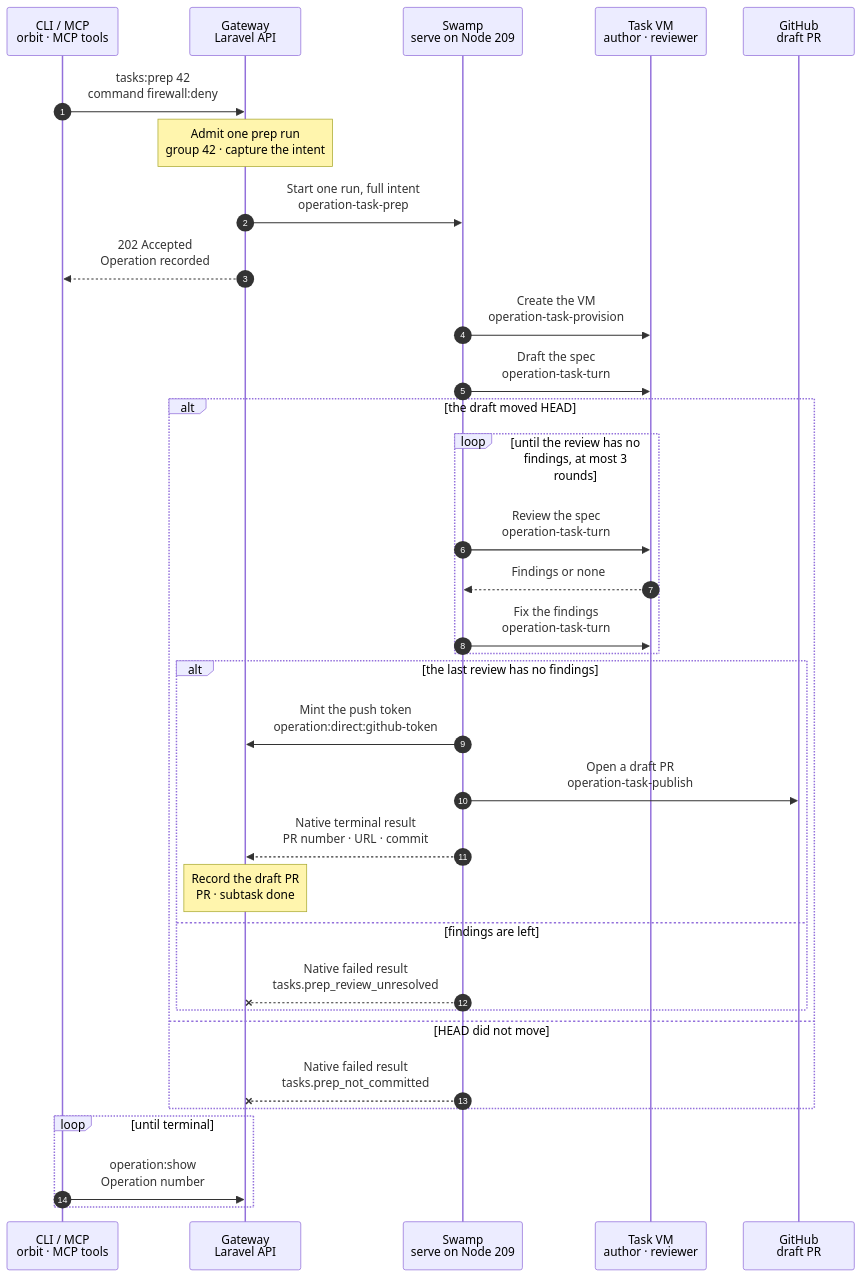
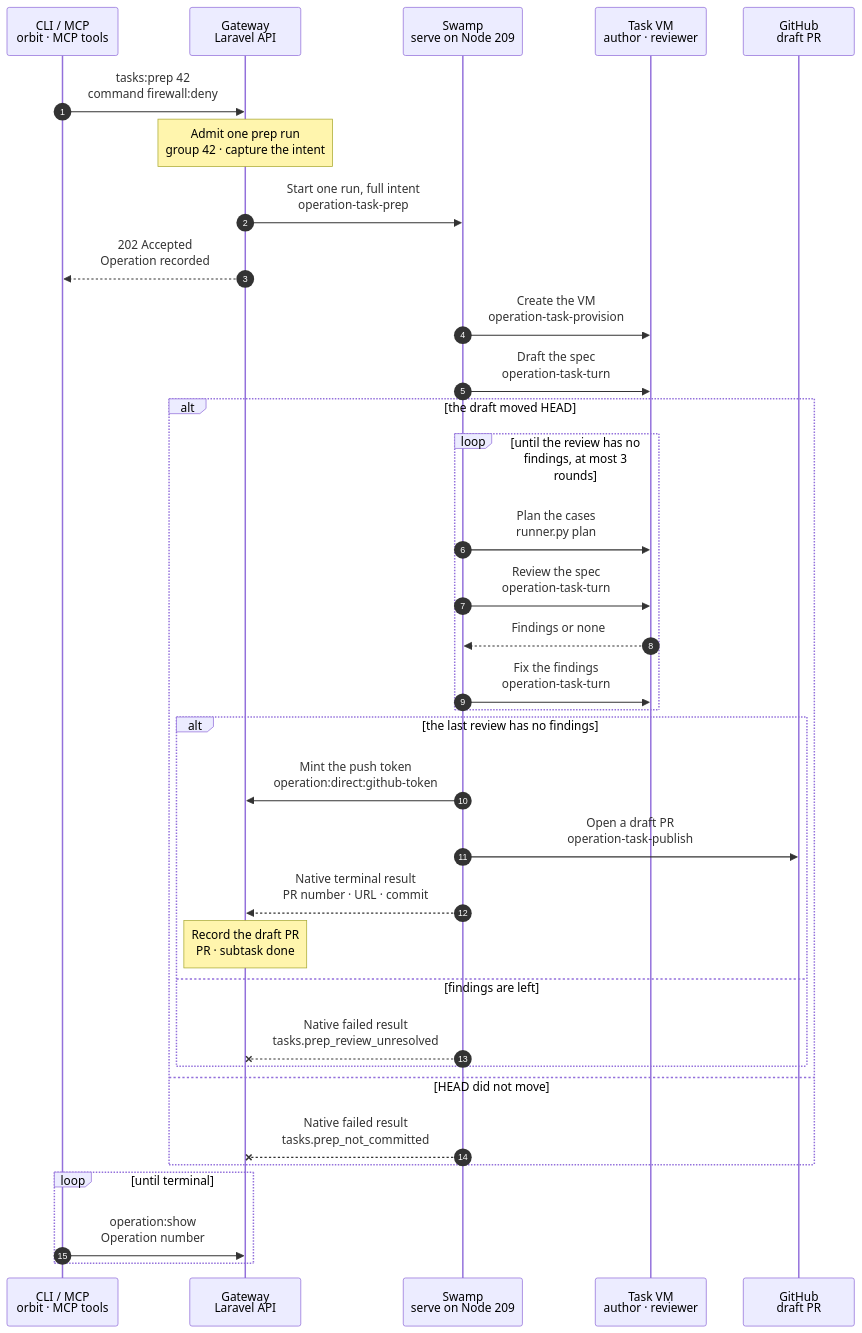
The diagram in docs/cli/tasks/prep.mmd (hardimpactdev/orbit), drawn with Mermaid before and after one commit. The commit also changed 8 other files, not shown here.

First line of the commit message:
feat(swamp): plan the cases of a prep spec in a step and feed a refusal into the fix loop

```diff
--- a/docs/cli/tasks/prep.mmd
+++ b/docs/cli/tasks/prep.mmd
@@ -1,90 +1,96 @@
 sequenceDiagram
   %% Target design: docs/reference/tasks.md#prepare-a-command, the Gateway side of stage 1 of the command development pipeline (docs/reference/pipeline/1-prep.mmd). The pattern of proof:run: one admission, one parent Swamp run, existing workflows as children.
   %% status: draft
   %% command: tasks:prep
   %% kind: tasks.prep
   autonumber
   %% lane CLI icon=terminal pill=caller tone=gray
   %% lane GW icon=gateway pill=intent tone=blue
   %% lane SW icon=workflow pill=executes tone=green
   %% lane VM icon=terminal pill=target tone=amber
   %% lane GH icon=server pill=target tone=purple
   participant CLI as CLI / MCP<br/>orbit · MCP tools
   participant GW as Gateway<br/>Laravel API
   participant SW as Swamp<br/>serve on Node 209
   participant VM as Task VM<br/>author · reviewer
   participant GH as GitHub<br/>draft PR
   CLI->>GW: tasks:prep 42<br/>command firewall:deny
   %%> Command:
   %%> - the MCP tool `tasks-prep`, or `POST /api/v1/task-groups/42/prep` with `{"command": "firewall:deny"}` and an `Idempotency-Key`
   Note over GW: Admit one prep run<br/>group 42 · capture the intent
   %%> Requirements:
   %%> - your Node has an access grant to the Gateway
   %%> - group 42 is an open external `todo` group with no VM, of a Project that the GitHub App reads
   %%> - the command is `family:command` in lower case
   %%> What it does:
   %%> - captures, in one transaction, the provision intent, the author and reviewer threads, the prompts, the pull request title and body, and the repository, base and branch `task-42`
   %%> - names the vault keys of the push token; it mints no GitHub token, because the run takes longer than the hour that an installation token lives
   %%> Result:
   %%> - Operation recorded with the full intent
   GW->>SW: Start one run, full intent<br/>operation-task-prep
   %%> Inputs:
   %%> - the whole intent above, and the vault key names of the model, Pi and push-token credentials, never their values
   %%> - one step of the run calls the Gateway: the publish step mints its push token when it starts, with the run id of this run
   %%> - no task VM holds a GitHub credential: it receives the workspace in the provision bundle, and the push and the pull request run on Node 209
   GW-->>CLI: 202 Accepted<br/>Operation recorded
   %%> Next:
   %%> - the CLI follows the Operation with `operation:show`
   SW->>VM: Create the VM<br/>operation-task-provision
   %%> What it does:
   %%> - runs the provision workflow as a child, with its intent from the parent's inputs
   %%> - the VM, the workspace and the checkout of the default branch
   %%> - the host key of the new VM is unknown at admission; a step pins it into the SSH targets of the later children
   SW->>VM: Draft the spec<br/>operation-task-turn
   %%> What it does:
   %%> - the author agent drafts the chart, the page and the cases, checks them (including the runner plan of the cases file), and commits the three files as one commit
   %%> - the turn reports the commit and tree it left
   alt the draft moved HEAD
     loop until the review has no findings, at most 3 rounds
+      SW->>VM: Plan the cases<br/>runner.py plan
+      %%> What it does:
+      %%> - runs `python3 swamp/proof/runner/runner.py plan --file` on the cases file as one `@swamp/ssh exec` with literal arguments; exit 0 and 3 are accepted
+      %%> - runs after the draft and after each fix; the Gateway captured the path of the cases file at admission
+      %%> Result:
+      %%> - a refusal (exit 3) is added to the findings of the round, so the review cannot approve past it and the fix turn gets it
       SW->>VM: Review the spec<br/>operation-task-turn
       %%> What it does:
       %%> - a new reviewer thread restores the commit under review and reads the spec
       %%> - its receipt is `approved` or `changes_requested` with the findings
       VM-->>SW: Findings or none
       SW->>VM: Fix the findings<br/>operation-task-turn
       %%> When:
       %%> - only when the review has findings
       %%> Result:
       %%> - the author thread fixes them and commits again
     end
     alt the last review has no findings
       SW->>GW: Mint the push token<br/>operation:direct:github-token
       %%> What it does:
       %%> - the publish child asks for the token only now, right before the push
       SW->>GH: Open a draft PR<br/>operation-task-publish
       %%> What it does:
       %%> - pushes the commit to `task-42` without force and opens the PR as the Orbit App, as a draft
       SW-->>GW: Native terminal result<br/>PR number · URL · commit
       Note over GW: Record the draft PR<br/>PR · subtask done
       %%> Result:
       %%> - the group keeps its VM; the pull request fields of the group are set for stage 4
       %%> - the spec subtask of the group is marked completed, so the group has no open subtask
       %%> Why:
       %%> - `tasks:park` refuses a group with an open subtask; with the subtask completed it can stop the VM while the spec waits for review, and the workspace stays
       %%> Decided by the orchestrator, for Nick's review:
       %%> - prep completes its subtask when the App opens the draft PR; park keeps its rule that no subtask is open
     else findings are left
       SW--xGW: Native failed result<br/>tasks.prep_review_unresolved
       %%> Result:
       %%> - nothing is published; the VM stays for the orchestrator
     end
   else HEAD did not move
     SW--xGW: Native failed result<br/>tasks.prep_not_committed
     %%> Result:
     %%> - no review runs; the VM stays for the orchestrator
   end
   loop until terminal
     CLI->>GW: operation:show<br/>Operation number
     %%> Returns:
     %%> - the Operation status, and the pull request when the run succeeded
   end
```
